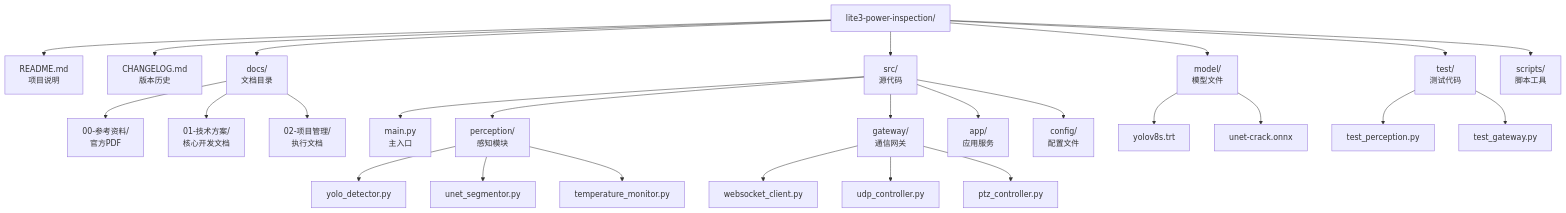
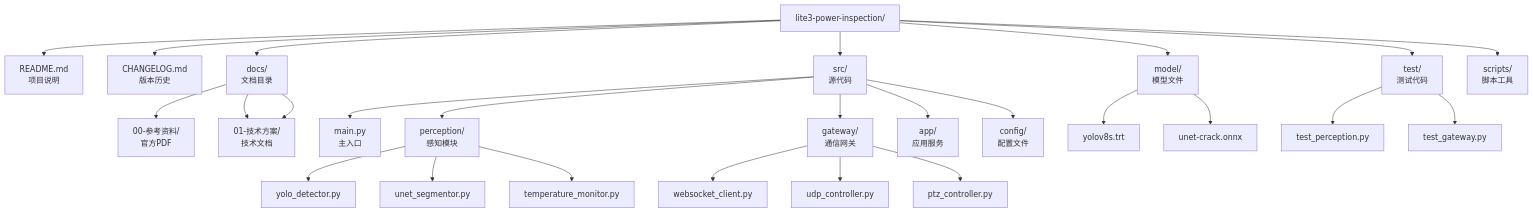
One commit to CosmicVortex/lite3-power-inspection changed the third of 4 diagrams in docs/01-技术方案/01-系统架构与代码规范.md. Above: the diagram before and after it, drawn with Mermaid. The commit also changed 5 other files, not shown here.

````diff
--- a/docs/01-技术方案/01-系统架构与代码规范.md
+++ b/docs/01-技术方案/01-系统架构与代码规范.md
@@ -310,36 +310,36 @@
 ```mermaid
 graph TD
     Root[lite3-power-inspection/]
     
     Root --> README[README.md<br/>项目说明]
     Root --> CHANGELOG[CHANGELOG.md<br/>版本历史]
     Root --> Docs[docs/<br/>文档目录]
     Root --> Src[src/<br/>源代码]
     Root --> Models[model/<br/>模型文件]
     Root --> Tests[test/<br/>测试代码]
     Root --> Scripts[scripts/<br/>脚本工具]
     
     Docs --> Ref[00-参考资料/<br/>官方PDF]
     Docs --> Tech[01-技术方案/<br/>核心开发文档]
-    Docs --> Mgmt[02-项目管理/<br/>执行文档]
+    Docs --> Tech[01-技术方案/<br/>技术文档]
     
     Src --> Main[main.py<br/>主入口]
     Src --> Perception[perception/<br/>感知模块]
     Src --> Gateway[gateway/<br/>通信网关]
     Src --> App[app/<br/>应用服务]
     Src --> Config[config/<br/>配置文件]
     
     Perception --> YOLO[yolo_detector.py]
     Perception --> UNET[unet_segmentor.py]
     Perception --> TEMP[temperature_monitor.py]
     
     Gateway --> WS[websocket_client.py]
     Gateway --> UDP[udp_controller.py]
     Gateway --> PTZ[ptz_controller.py]
     
     Models --> YOLO_MODEL[yolov8s.trt]
     Models --> UNET_MODEL[unet-crack.onnx]
     
     Tests --> TestPerception[test_perception.py]
     Tests --> TestGateway[test_gateway.py]
 ```
````
